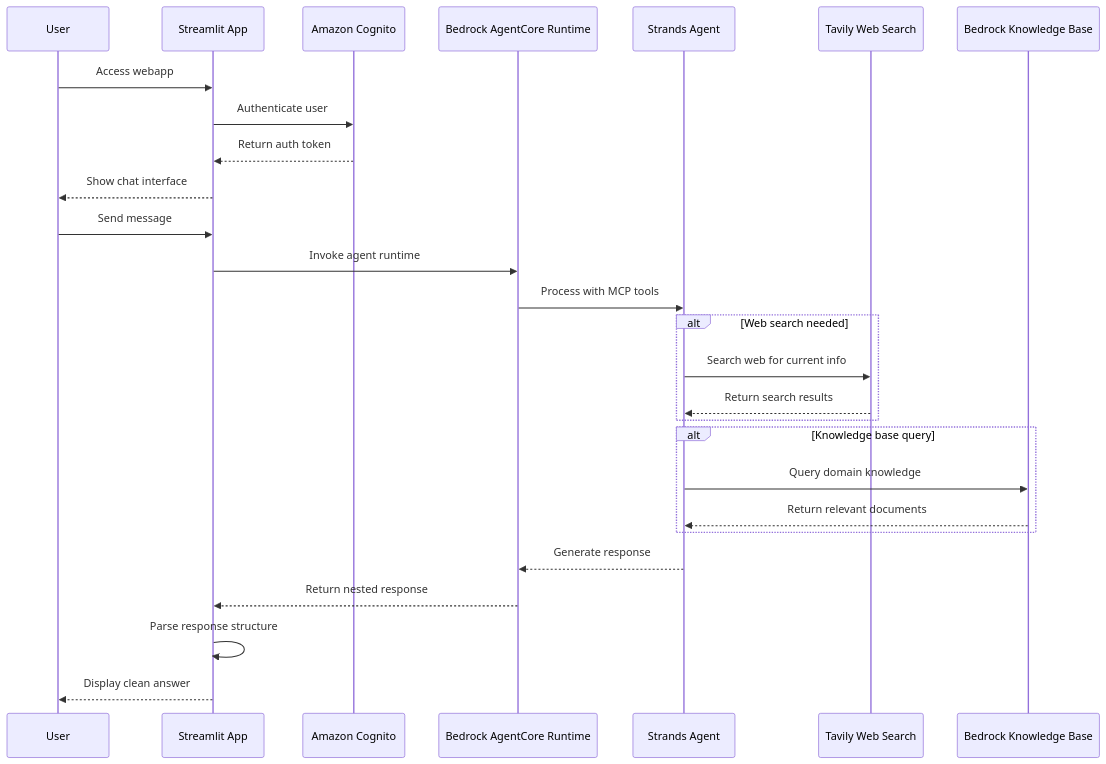
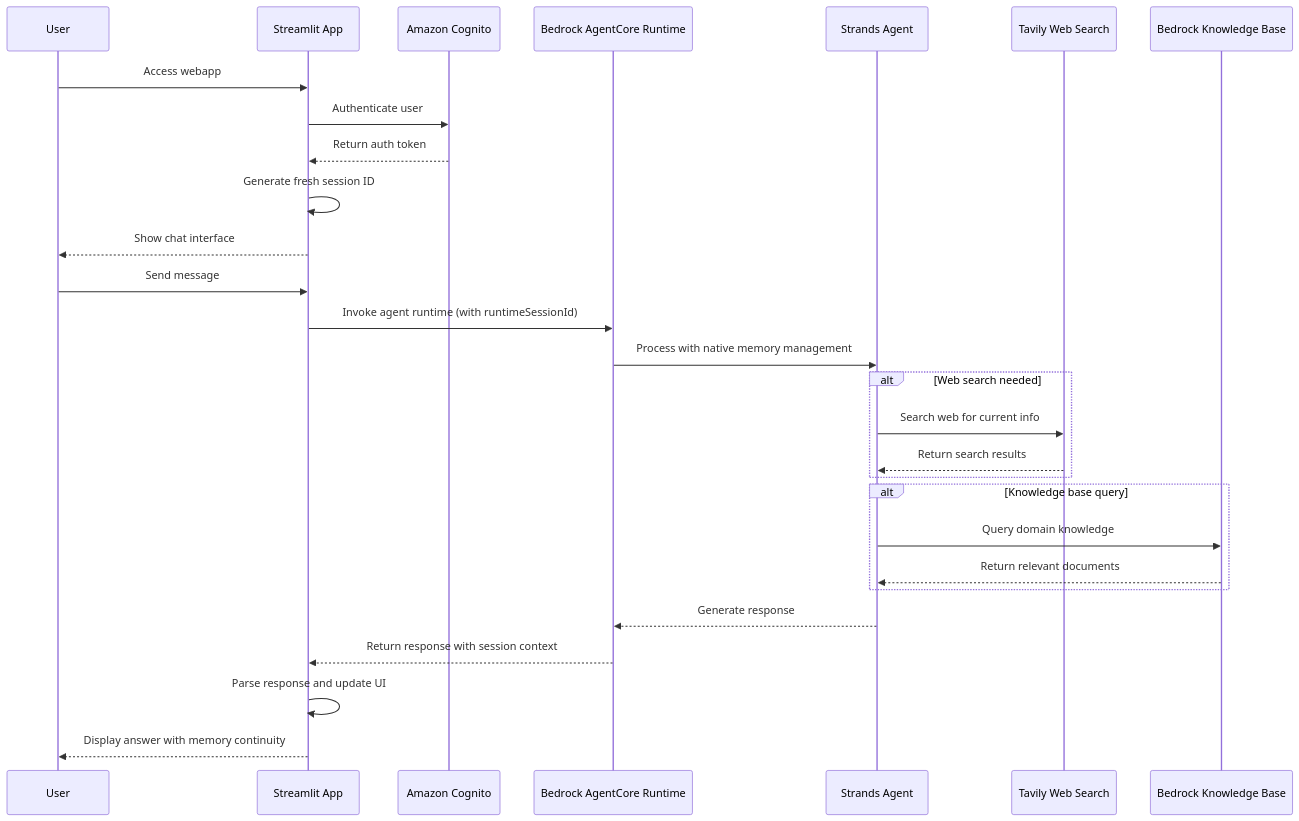
Before and after one commit to michlin0825/strands-agentcore-app-20250917: the diagram in README.md, drawn with Mermaid.

Commit message:
Update sequence diagram to reflect refactored AgentCore memory implementation
- Added fresh session ID generation step after authentication
- Updated AgentCore invocation to show runtimeSessionId usage
- Changed from 'nested response' to 'response with session context'
- Added 'native memory management' to show AgentCore's role
- Updated final step to show 'memory continuity' capability
- Aligned diagram with actual implementation after refactoring

````diff
--- a/README.md
+++ b/README.md
@@ -98,34 +98,35 @@
 ```mermaid
 sequenceDiagram
     participant User
     participant Streamlit as Streamlit App
     participant Cognito as Amazon Cognito
     participant AgentCore as Bedrock AgentCore Runtime
     participant Strands as Strands Agent
     participant Tavily as Tavily Web Search
     participant KB as Bedrock Knowledge Base
 
     User->>Streamlit: Access webapp
     Streamlit->>Cognito: Authenticate user
     Cognito-->>Streamlit: Return auth token
+    Streamlit->>Streamlit: Generate fresh session ID
     Streamlit-->>User: Show chat interface
 
     User->>Streamlit: Send message
-    Streamlit->>AgentCore: Invoke agent runtime
-    AgentCore->>Strands: Process with MCP tools
+    Streamlit->>AgentCore: Invoke agent runtime (with runtimeSessionId)
+    AgentCore->>Strands: Process with native memory management
     
     alt Web search needed
         Strands->>Tavily: Search web for current info
         Tavily-->>Strands: Return search results
     end
     
     alt Knowledge base query
         Strands->>KB: Query domain knowledge
         KB-->>Strands: Return relevant documents
     end
     
     Strands-->>AgentCore: Generate response
-    AgentCore-->>Streamlit: Return nested response
-    Streamlit->>Streamlit: Parse response structure
-    Streamlit-->>User: Display clean answer
+    AgentCore-->>Streamlit: Return response with session context
+    Streamlit->>Streamlit: Parse response and update UI
+    Streamlit-->>User: Display answer with memory continuity
 ```
````
